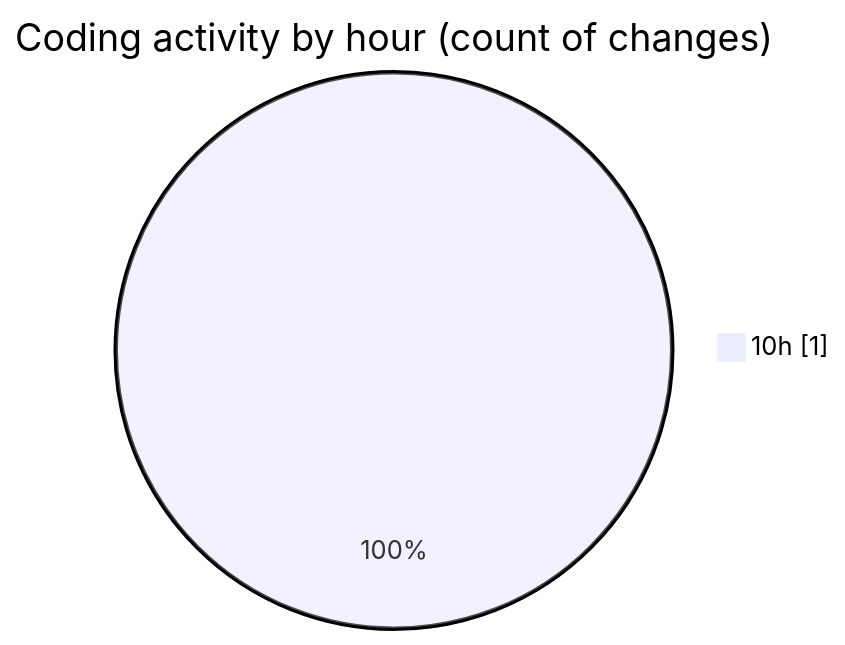
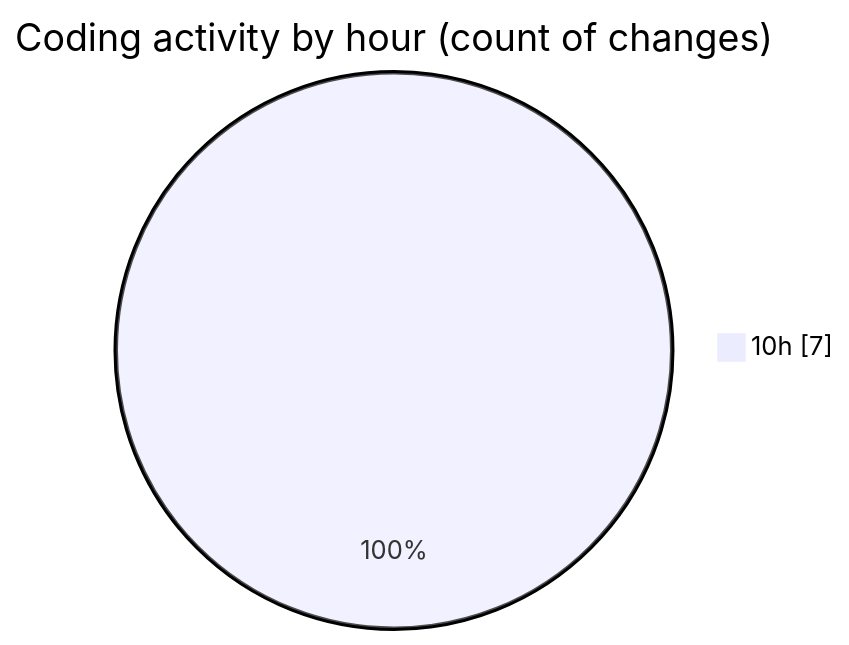
One commit to igalym/code-tracking changed the second of 2 diagrams in 2025-12-30/budget_front_nest/README.md. Above: the diagram before and after it, drawn with Mermaid. The commit also changed other lines of this file and 1 other file, not shown here.

````diff
--- a/2025-12-30/budget_front_nest/README.md
+++ b/2025-12-30/budget_front_nest/README.md
@@ -28,5 +33,5 @@
 ```mermaid
 pie showData
 title Coding activity by hour (count of changes)
-"10h" : 1
+"10h" : 7
 ```
````
